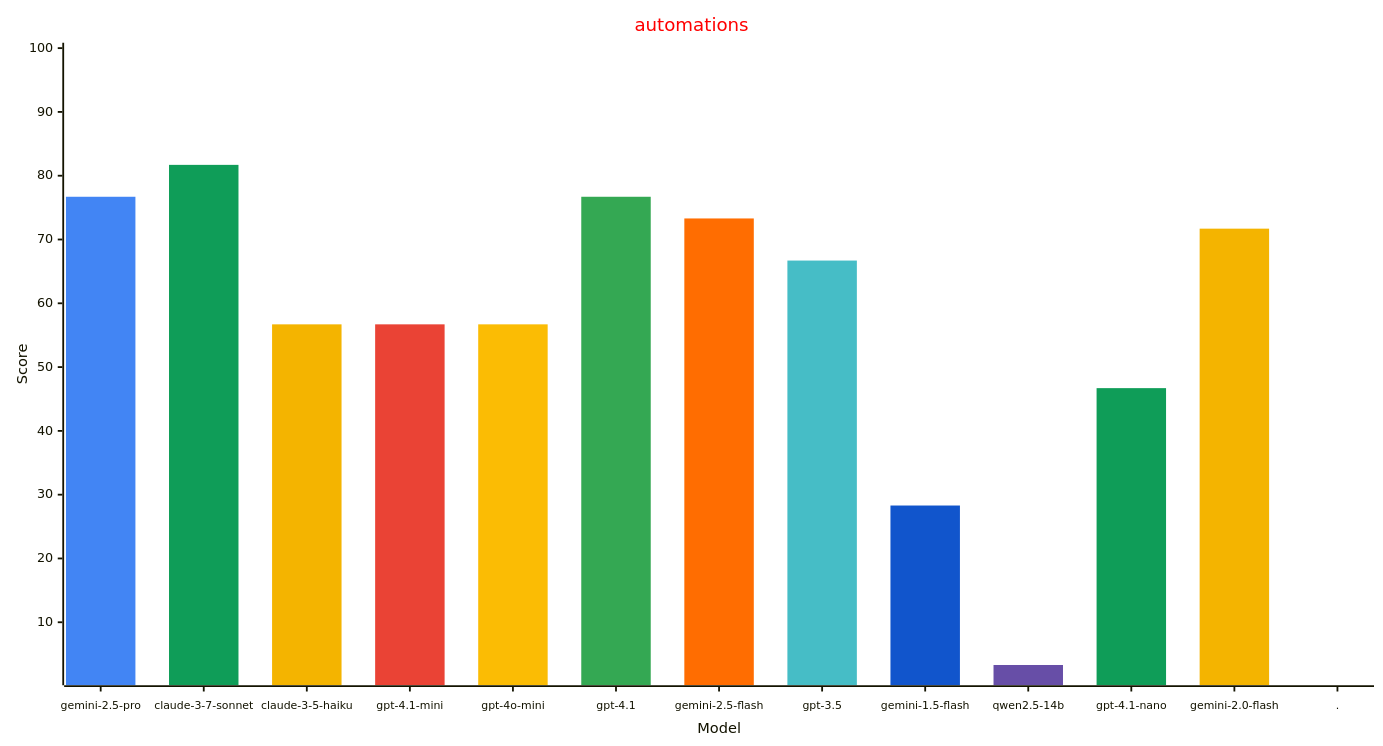
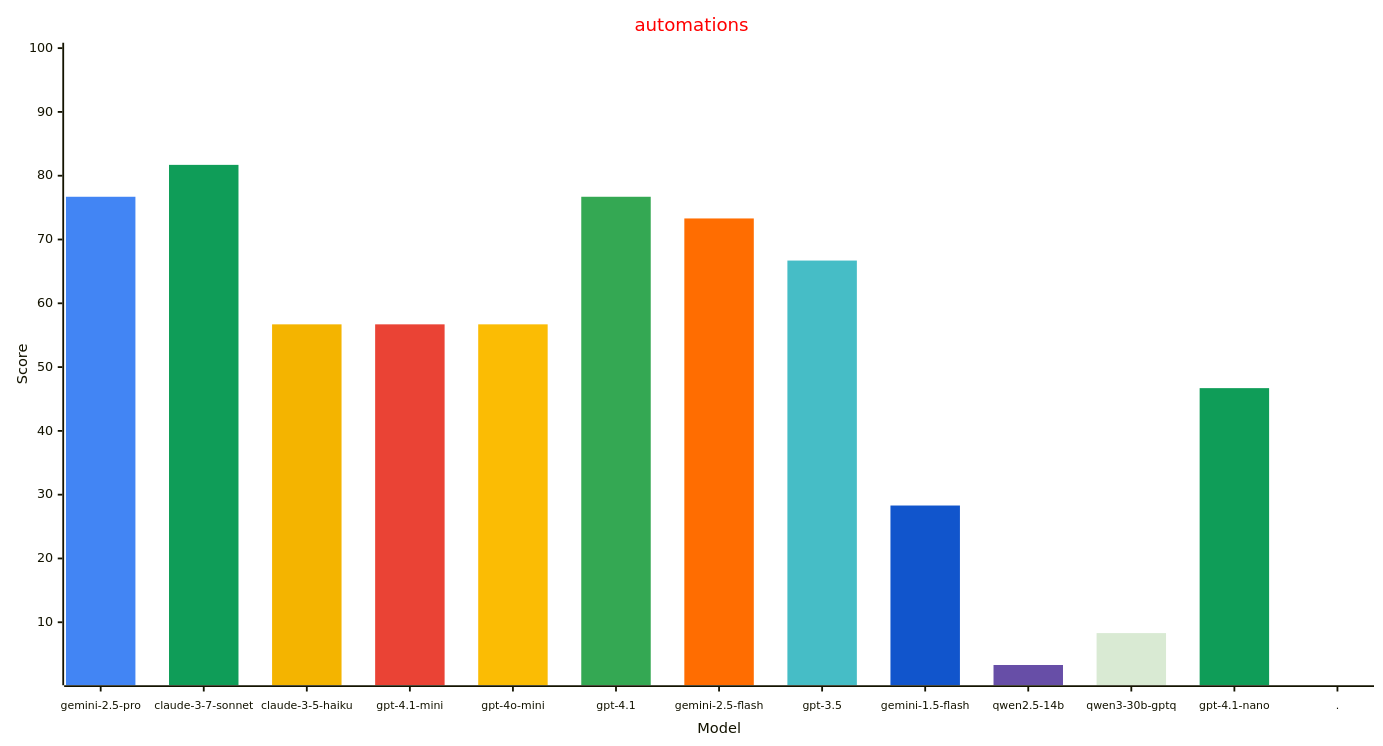
Before and after one commit to allenporter/home-assistant-datasets: the fourth of 4 diagrams in reports/README.md, drawn with Mermaid. The commit also changed other lines of this file and 29 other files, not shown here.

Commit message:
fixed automations benchmark for qwen3-30b-gptq

````diff
--- a/reports/README.md
+++ b/reports/README.md
@@ -208,33 +208,33 @@
 ```mermaid
 ---
 config:
     xyChart:
         width: 1500
         height: 800
         xAxis:
           labelFontSize: 12
           labelPadding: 8
     themeVariables:
         xyChart:
             titleColor: "#ff0000"
-            plotColorPalette: "#4285f4, #0f9d58, #f4b400, #ea4335, #fbbc04, #34a853, #ff6d01, #46bdc6, #1155cc, #674ea7, #0f9d58, #f4b400, #4285f4"
+            plotColorPalette: "#4285f4, #0f9d58, #f4b400, #ea4335, #fbbc04, #34a853, #ff6d01, #46bdc6, #1155cc, #674ea7, #d9ead3, #0f9d58, #4285f4"
 
 ---
 xychart-beta
   title "automations"
-  x-axis "Model" [gemini-2.5-pro, claude-3-7-sonnet, claude-3-5-haiku, gpt-4.1-mini, gpt-4o-mini, gpt-4.1, gemini-2.5-flash, gpt-3.5, gemini-1.5-flash, qwen2.5-14b, gpt-4.1-nano, gemini-2.0-flash, .]
+  x-axis "Model" [gemini-2.5-pro, claude-3-7-sonnet, claude-3-5-haiku, gpt-4.1-mini, gpt-4o-mini, gpt-4.1, gemini-2.5-flash, gpt-3.5, gemini-1.5-flash, qwen2.5-14b, qwen3-30b-gptq, gpt-4.1-nano, .]
   y-axis "Score" 1 --> 100
   bar [76.7, 0.0, 0.0, 0.0, 0.0, 0.0, 0.0, 0.0, 0.0, 0.0, 0.0, 0.0, 0.0]
   bar [0.0, 81.7, 0.0, 0.0, 0.0, 0.0, 0.0, 0.0, 0.0, 0.0, 0.0, 0.0, 0.0]
   bar [0.0, 0.0, 56.7, 0.0, 0.0, 0.0, 0.0, 0.0, 0.0, 0.0, 0.0, 0.0, 0.0]
   bar [0.0, 0.0, 0.0, 56.7, 0.0, 0.0, 0.0, 0.0, 0.0, 0.0, 0.0, 0.0, 0.0]
   bar [0.0, 0.0, 0.0, 0.0, 56.7, 0.0, 0.0, 0.0, 0.0, 0.0, 0.0, 0.0, 0.0]
   bar [0.0, 0.0, 0.0, 0.0, 0.0, 76.7, 0.0, 0.0, 0.0, 0.0, 0.0, 0.0, 0.0]
   bar [0.0, 0.0, 0.0, 0.0, 0.0, 0.0, 73.3, 0.0, 0.0, 0.0, 0.0, 0.0, 0.0]
   bar [0.0, 0.0, 0.0, 0.0, 0.0, 0.0, 0.0, 66.7, 0.0, 0.0, 0.0, 0.0, 0.0]
   bar [0.0, 0.0, 0.0, 0.0, 0.0, 0.0, 0.0, 0.0, 28.3, 0.0, 0.0, 0.0, 0.0]
   bar [0.0, 0.0, 0.0, 0.0, 0.0, 0.0, 0.0, 0.0, 0.0, 3.3, 0.0, 0.0, 0.0]
-  bar [0.0, 0.0, 0.0, 0.0, 0.0, 0.0, 0.0, 0.0, 0.0, 0.0, 46.7, 0.0, 0.0]
-  bar [0.0, 0.0, 0.0, 0.0, 0.0, 0.0, 0.0, 0.0, 0.0, 0.0, 0.0, 71.7, 0.0]
+  bar [0.0, 0.0, 0.0, 0.0, 0.0, 0.0, 0.0, 0.0, 0.0, 0.0, 8.3, 0.0, 0.0]
+  bar [0.0, 0.0, 0.0, 0.0, 0.0, 0.0, 0.0, 0.0, 0.0, 0.0, 0.0, 46.7, 0.0]
   bar [0.0, 0.0, 0.0, 0.0, 0.0, 0.0, 0.0, 0.0, 0.0, 0.0, 0.0, 0.0, -1.0]
 ```
````
